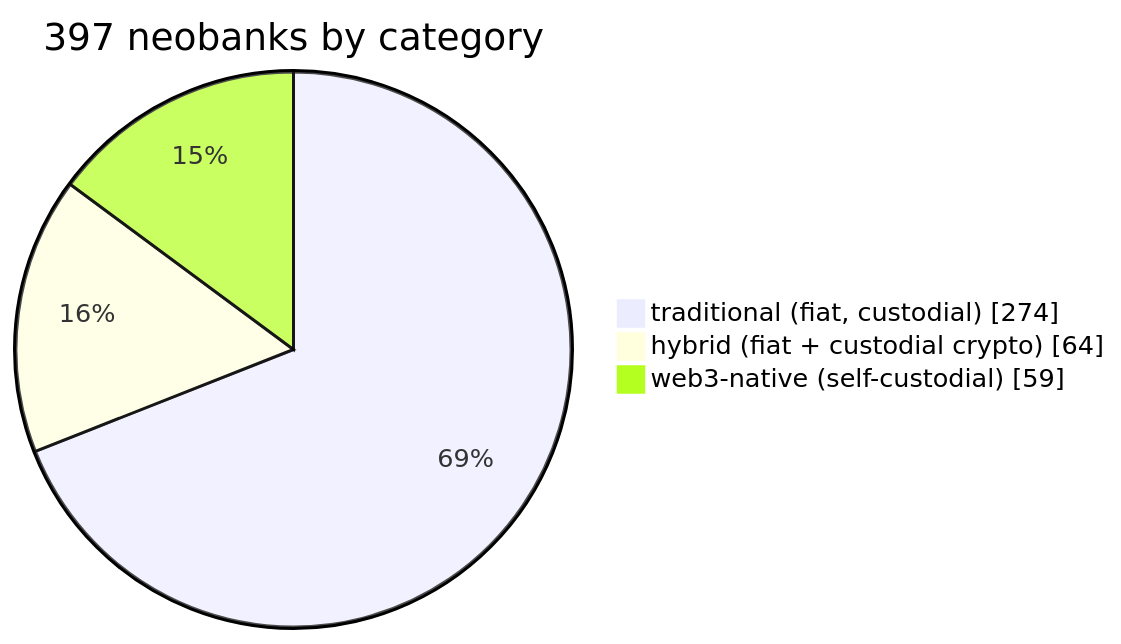
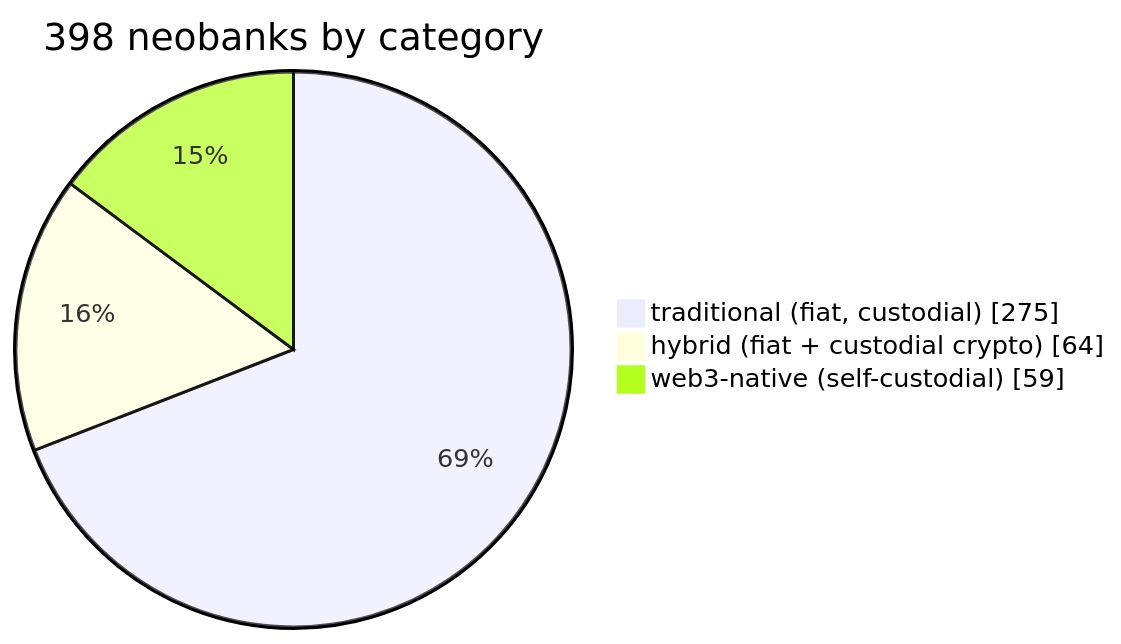
Before and after one commit to andreolf/neobankbeat: the first of 3 diagrams in README.md, drawn with Mermaid. The commit also changed other lines of this file and 4402 other files, not shown here.

````diff
--- a/README.md
+++ b/README.md
@@ -42,6 +42,6 @@
 ```mermaid
-pie showData title 397 neobanks by category
-    "traditional (fiat, custodial)" : 274
+pie showData title 398 neobanks by category
+    "traditional (fiat, custodial)" : 275
     "hybrid (fiat + custodial crypto)" : 64
     "web3-native (self-custodial)" : 59
 ```
````
